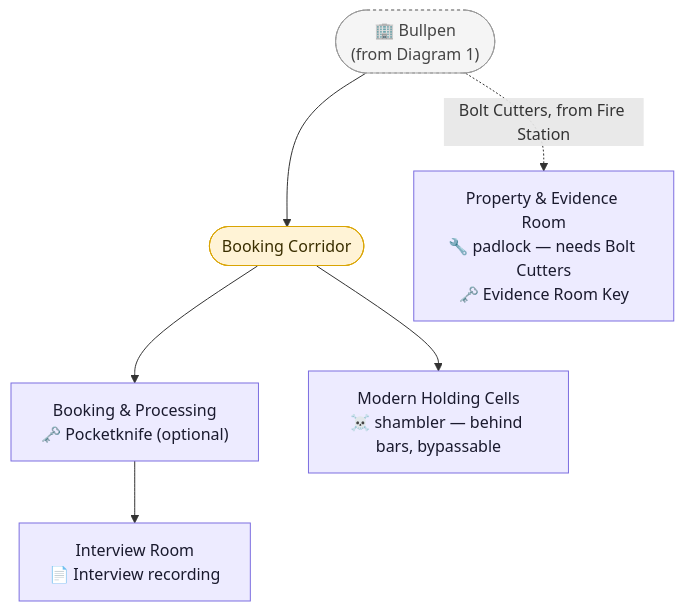
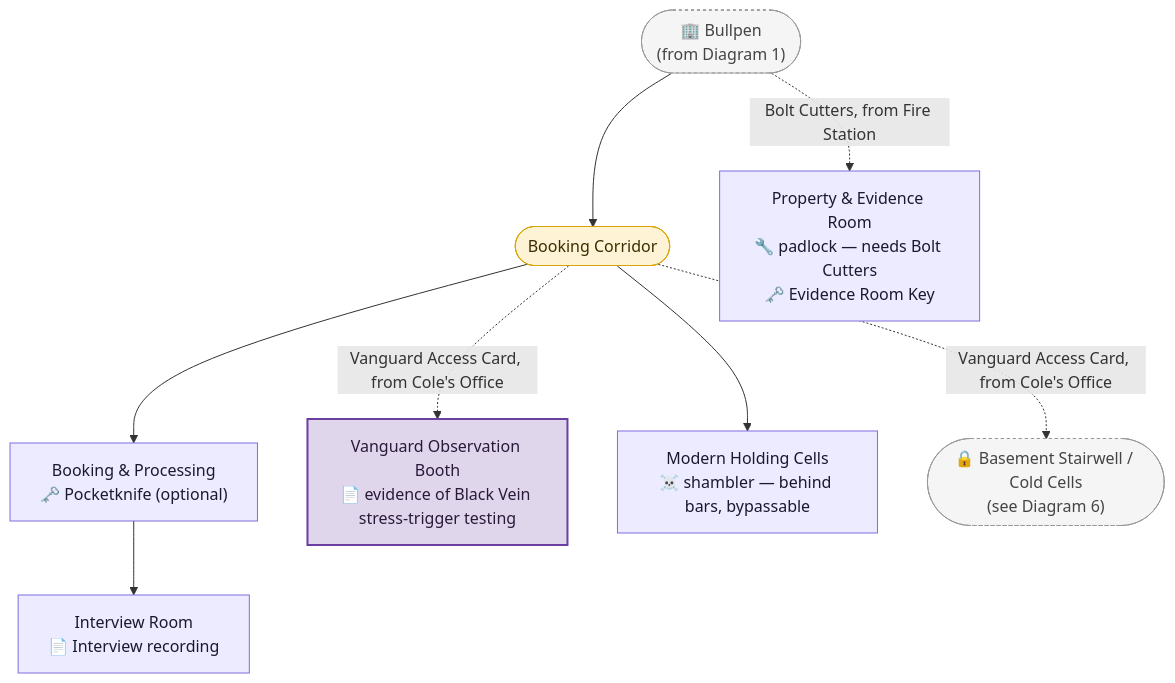
Before and after one commit to GIToez/Deadlock-Design: the third of 6 diagrams in DESIGN/Locations/Police_Station.md, drawn with Mermaid. The commit also changed other lines of this file and 13 other files, not shown here.

````diff
--- a/DESIGN/Locations/Police_Station.md
+++ b/DESIGN/Locations/Police_Station.md
@@ -320,21 +406,27 @@
 ```mermaid
 flowchart TD
     BULLPENREF2(["🏢 Bullpen<br/>(from Diagram 1)"])
     BOOKCORR(["Booking Corridor"])
     BOOKING["Booking & Processing<br/>🗝️ Pocketknife (optional)"]
     INTERVIEW["Interview Room<br/>📄 Interview recording"]
+    OBSBOOTH["Vanguard Observation Booth<br/>📄 evidence of Black Vein stress-trigger testing"]
     CELLS["Modern Holding Cells<br/>☠️ shambler — behind bars, bypassable"]
     PROPERTY["Property & Evidence Room<br/>🔧 padlock — needs Bolt Cutters<br/>🗝️ Evidence Room Key"]
+    BASEMENTREF(["🔒 Basement Stairwell / Cold Cells<br/>(see Diagram 6)"])
 
     BULLPENREF2 --> BOOKCORR
     BOOKCORR --> BOOKING --> INTERVIEW
+    BOOKCORR -. Vanguard Access Card, from Cole's Office .-> OBSBOOTH
     BOOKCORR --> CELLS
+    BOOKCORR -. Vanguard Access Card, from Cole's Office .-> BASEMENTREF
     BULLPENREF2 -. Bolt Cutters, from Fire Station .-> PROPERTY
 
     classDef room fill:#EDEBFF,stroke:#7C6EE0,color:#1a1a2e
     classDef hallway fill:#FFF3D6,stroke:#D9A404,color:#3a2e00
     classDef ref fill:#F5F5F5,stroke:#999999,color:#444444,stroke-dasharray:3 3
-    class BULLPENREF2 ref
+    classDef vanguard fill:#E0D6EC,stroke:#6A3FA0,color:#2a1a3a,stroke-width:2px
+    class BULLPENREF2,BASEMENTREF ref
     class BOOKCORR hallway
     class BOOKING,INTERVIEW,CELLS,PROPERTY room
+    class OBSBOOTH vanguard
 ```
````
